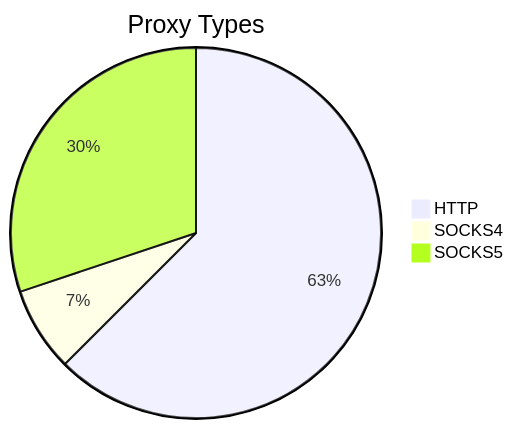
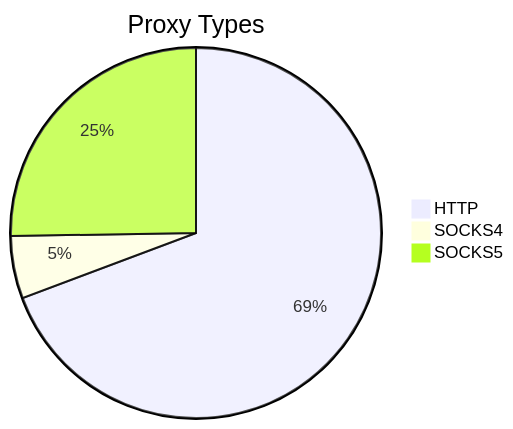
One commit to stormsia/proxy-list changed the first of 2 diagrams in README.md. Above: the diagram before and after it, drawn with Mermaid. The commit also changed other lines of this file, not shown here.

````diff
--- a/README.md
+++ b/README.md
@@ -21,6 +21,6 @@
 ```mermaid
 pie title Proxy Types
-    "HTTP" : 195
-    "SOCKS4" : 23
-    "SOCKS5" : 94
+    "HTTP" : 203
+    "SOCKS4" : 16
+    "SOCKS5" : 74
 ```
````
